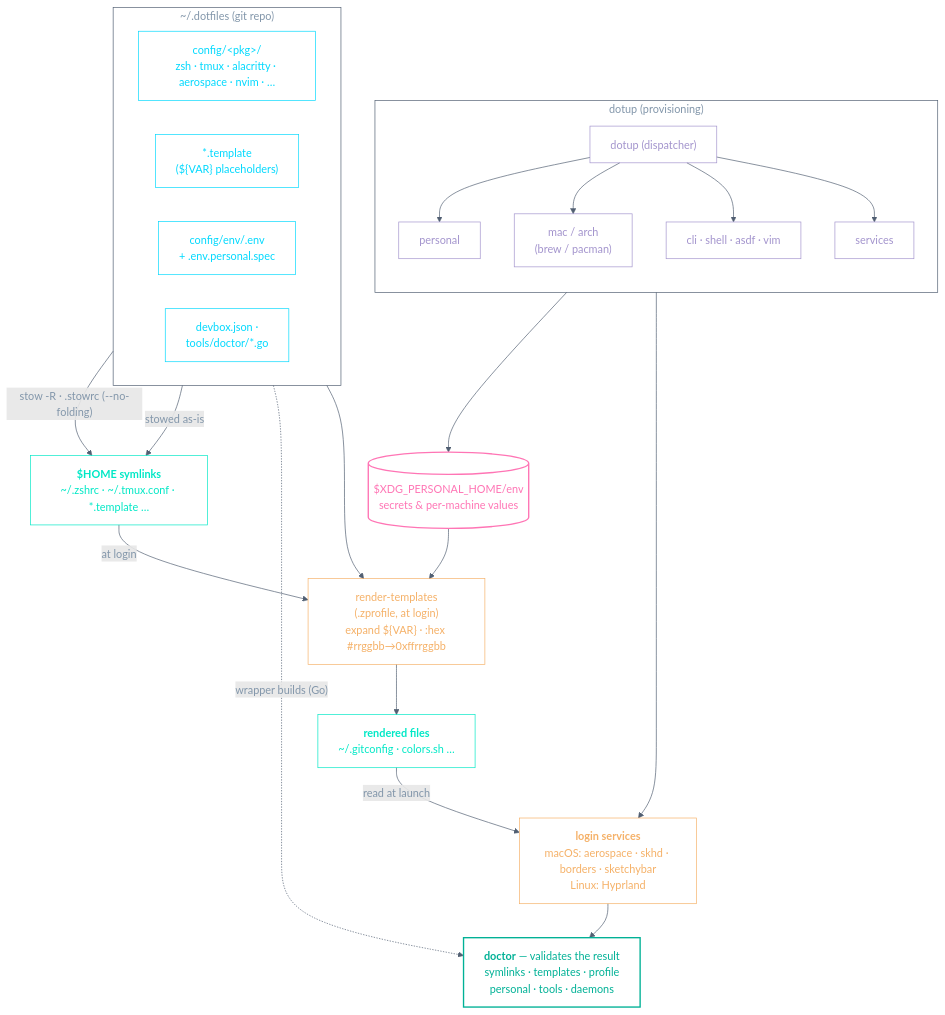
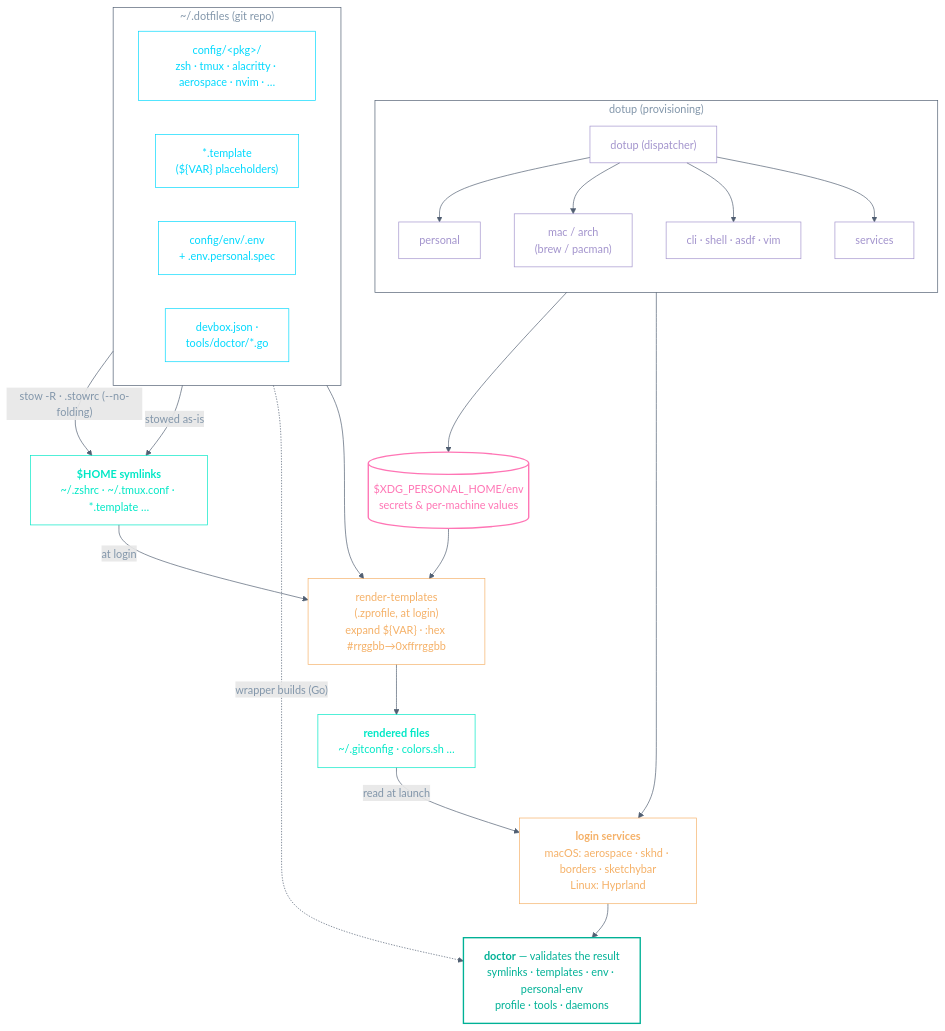
One commit to hallaji/dotfiles changed the first of 2 diagrams in docs/ARCHITECTURE.md. Above: the diagram before and after it, drawn with Mermaid. The commit also changed other lines of this file and 6 other files, not shown here.

First line of the commit message:
feat(doctor): add env check

````diff
--- a/docs/ARCHITECTURE.md
+++ b/docs/ARCHITECTURE.md
@@ -5,58 +5,58 @@
 ```mermaid
 flowchart TD
     subgraph repo["~/.dotfiles (git repo)"]
         direction LR
         pkgs["config/&lt;pkg&gt;/<br/>zsh · tmux · alacritty · aerospace · nvim · …"]:::repo
         tmpl["*.template<br/>(${VAR} placeholders)"]:::repo
         env["config/env/.env<br/>+ .env.personal.spec"]:::repo
         toolchain["devbox.json ·<br/>tools/doctor/*.go"]:::repo
     end
 
     subgraph prov["dotup (provisioning)"]
         direction TB
         dispatch["dotup (dispatcher)"]:::prov
         dispatch --> personal["personal"]:::prov
         dispatch --> osinst["mac / arch<br/>(brew / pacman)"]:::prov
         dispatch --> tools["cli · shell · asdf · vim"]:::prov
         dispatch --> svc["services"]:::prov
     end
 
     pstore[("$XDG_PERSONAL_HOME/env<br/>secrets & per-machine values")]:::store
     links["<b>$HOME symlinks</b><br/>~/.zshrc · ~/.tmux.conf · *.template …"]:::out
     rt["render-templates<br/>(.zprofile, at login)<br/>expand ${VAR} · :hex #rrggbb→0xffrrggbb"]:::run
     rendered["<b>rendered files</b><br/>~/.gitconfig · colors.sh …"]:::out
     daemons["<b>login services</b><br/>macOS: aerospace · skhd · borders · sketchybar<br/>Linux: Hyprland"]:::run
-    doctor["<b>doctor</b> — validates the result<br/>symlinks · templates · profile<br/>personal · tools · daemons"]:::check
+    doctor["<b>doctor</b> — validates the result<br/>symlinks · templates · env · personal-env<br/>profile · tools · daemons"]:::check
 
     %% Main spine (top → bottom).
     pkgs -->|"stow -R · .stowrc (--no-folding)"| links
     tmpl -->|"stowed as-is"| links
     links -->|"at login"| rt
     rt --> rendered
     rendered -->|"read at launch"| daemons
     daemons --> doctor
 
     %% Provisioning side-flow.
     personal --> pstore
     svc --> daemons
     toolchain -.->|"wrapper builds (Go)"| doctor
 
     %% Per-machine values feed the render step.
     env --> rt
     pstore --> rt
 
     %% Colors from config/env/.env palette:
     %% repo  = #02d9fe (PALETTE_SKY)    prov  = #a394cd (PALETTE_PURPLE)
     %% store = #ff75b5 (PALETTE_PINK) out   = #00e8c6 (PALETTE_MINT)
     %% run   = #f5b168 (PALETTE_AMBER)   check = #00b196 (PALETTE_TEAL)
     %% subgraph frame = #515f72 (PALETTE_GRAY) / #8296aa (PALETTE_FG2)
     classDef repo fill:transparent,stroke:#02d9fe,color:#02d9fe
     classDef prov fill:transparent,stroke:#a394cd,color:#a394cd
     classDef store fill:transparent,stroke:#ff75b5,stroke-width:2px,color:#ff75b5
     classDef out fill:transparent,stroke:#00e8c6,color:#00e8c6
     classDef run fill:transparent,stroke:#f5b168,color:#f5b168
     classDef check fill:transparent,stroke:#00b196,stroke-width:2px,color:#00b196
     style repo fill:transparent,stroke:#515f72,color:#8296aa
     style prov fill:transparent,stroke:#515f72,color:#8296aa
     linkStyle default stroke:#515f72,color:#8296aa
 ```
````
